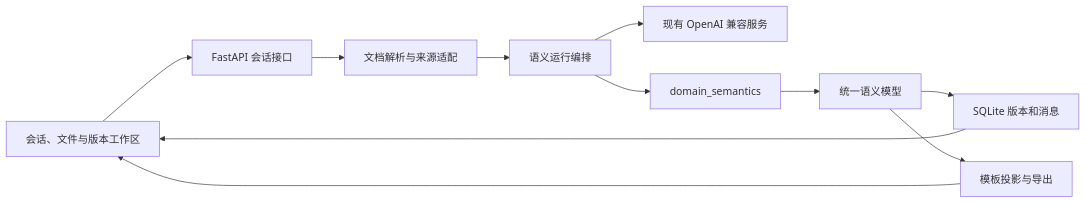
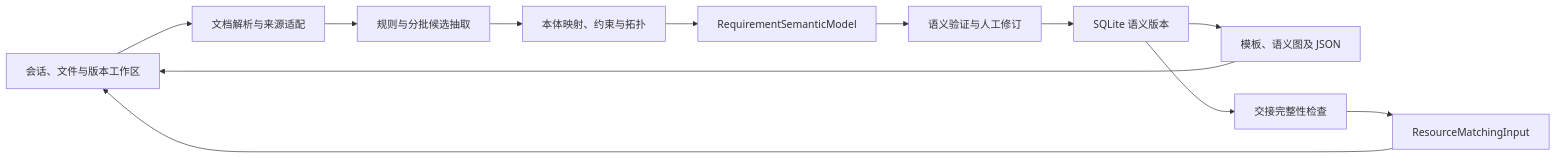
One commit to SWC-DHU/Assessment changed the diagram in docs/ARCHITECTURE.md. Above: the diagram before and after it, drawn with Mermaid. The commit also changed other lines of this file and 42 other files, not shown here.

````diff
--- a/docs/ARCHITECTURE.md
+++ b/docs/ARCHITECTURE.md
@@ -7,13 +7,14 @@
 ```mermaid
 flowchart LR
-    UI["会话、文件与版本工作区"] --> API["FastAPI 会话接口"]
-    API --> P["文档解析与来源适配"]
-    P --> E["语义运行编排"]
-    E --> L["现有 OpenAI 兼容服务"]
-    E --> D["domain_semantics"]
-    D --> S["统一语义模型"]
-    S --> R["SQLite 版本和消息"]
-    S --> T["模板投影与导出"]
-    R --> UI
+    UI["会话、文件与版本工作区"] --> P["文档解析与来源适配"]
+    P --> E["规则与分批候选抽取"]
+    E --> D["本体映射、约束与拓扑"]
+    D --> S["RequirementSemanticModel"]
+    S --> V["语义验证与人工修订"]
+    V --> R["SQLite 语义版本"]
+    R --> T["模板、语义图及 JSON"]
+    R --> H["交接完整性检查"]
+    H --> I["ResourceMatchingInput"]
     T --> UI
+    I --> UI
 ```
````
